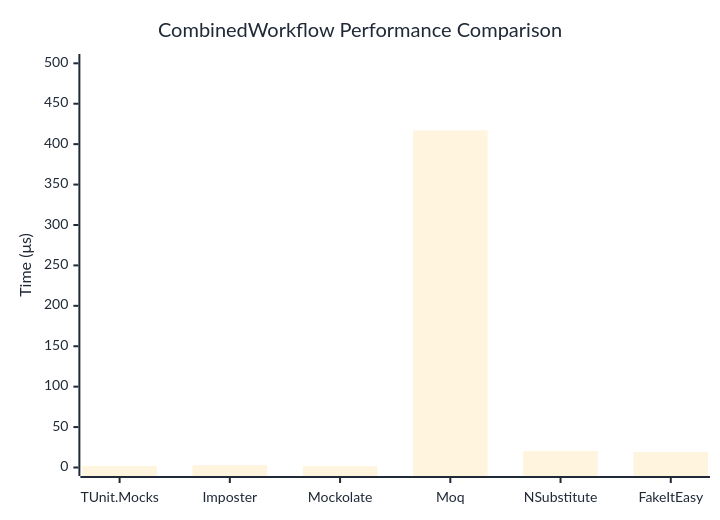
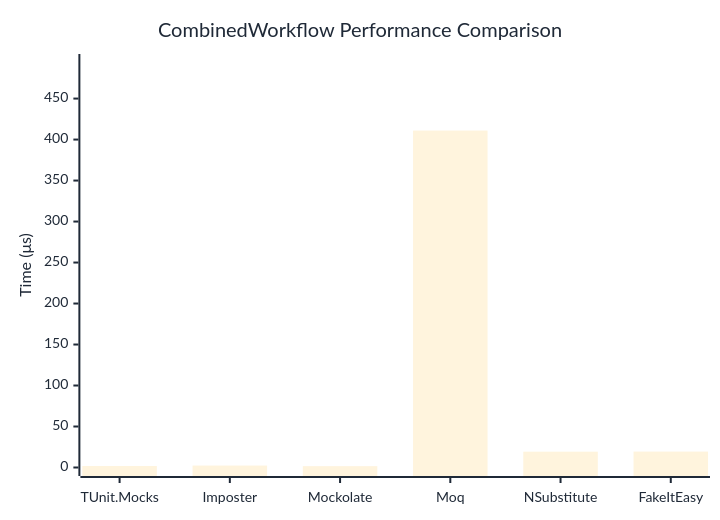
The diagram in docs/docs/benchmarks/mocks/CombinedWorkflow.md (thomhurst/TUnit), drawn with Mermaid before and after one commit. The commit also changed other lines of this file and 14 other files, not shown here.

````diff
--- a/docs/docs/benchmarks/mocks/CombinedWorkflow.md
+++ b/docs/docs/benchmarks/mocks/CombinedWorkflow.md
@@ -30,27 +30,27 @@
 ```mermaid
 %%{init: {
   'theme':'base',
   'themeVariables': {
     'primaryColor': '#2563eb',
     'primaryTextColor': '#1f2937',
     'primaryBorderColor': '#1e40af',
     'lineColor': '#6b7280',
     'secondaryColor': '#7c3aed',
     'tertiaryColor': '#dc2626',
     'background': '#ffffff',
     'pie1': '#2563eb',
     'pie2': '#7c3aed',
     'pie3': '#dc2626',
     'pie4': '#f59e0b',
     'pie5': '#10b981',
     'pie6': '#06b6d4',
     'pie7': '#ec4899',
     'pie8': '#6366f1'
   }
 }}%%
 xychart-beta
   title "CombinedWorkflow Performance Comparison"
   x-axis ["TUnit.Mocks", "Imposter", "Mockolate", "Moq", "NSubstitute", "FakeItEasy"]
-  y-axis "Time (μs)" 0 --> 501
-  bar [1.922, 2.784, 1.74, 416.898, 20.403, 19.073]
+  y-axis "Time (μs)" 0 --> 494
+  bar [1.857, 2.368, 1.623, 410.97, 19.293, 19.421]
 ```
````
